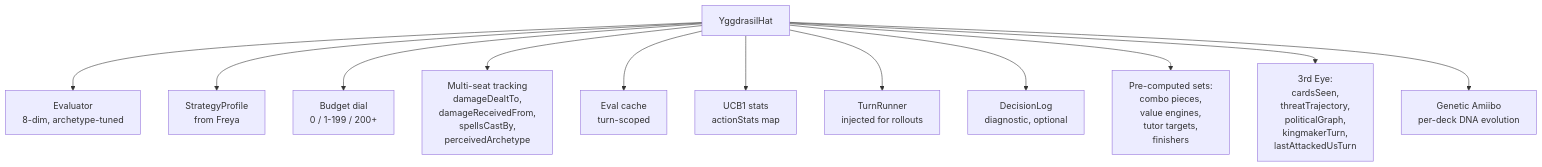
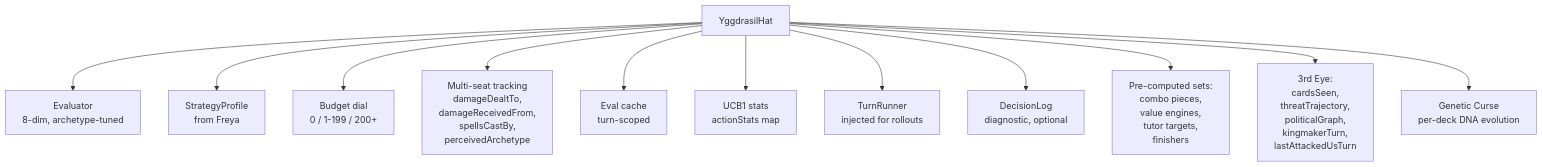
The third of 5 diagrams in docs/architecture/YggdrasilHat.md (HexDek/HexDek), drawn with Mermaid before and after one commit. The commit also changed other lines of this file and 24 other files, not shown here.

First line of the commit message:
rename amiibo → curse across entire codebase (legal)

````diff
--- a/docs/architecture/YggdrasilHat.md
+++ b/docs/architecture/YggdrasilHat.md
@@ -62,15 +62,15 @@
 ```mermaid
 flowchart TB
     Y[YggdrasilHat]
     Y --> Eval[Evaluator<br/>8-dim, archetype-tuned]
     Y --> Strat[StrategyProfile<br/>from Freya]
     Y --> Budget[Budget dial<br/>0 / 1-199 / 200+]
     Y --> Politics[Multi-seat tracking<br/>damageDealtTo,<br/>damageReceivedFrom,<br/>spellsCastBy,<br/>perceivedArchetype]
     Y --> Cache[Eval cache<br/>turn-scoped]
     Y --> UCB[UCB1 stats<br/>actionStats map]
     Y --> Runner[TurnRunner<br/>injected for rollouts]
     Y --> Log[DecisionLog<br/>diagnostic, optional]
     Y --> Lookups[Pre-computed sets:<br/>combo pieces,<br/>value engines,<br/>tutor targets,<br/>finishers]
     Y --> ThirdEye[3rd Eye:<br/>cardsSeen,<br/>threatTrajectory,<br/>politicalGraph,<br/>kingmakerTurn,<br/>lastAttackedUsTurn]
-    Y --> Amiibo[Genetic Amiibo<br/>per-deck DNA evolution]
+    Y --> Curse[Genetic Curse<br/>per-deck DNA evolution]
 ```
````
